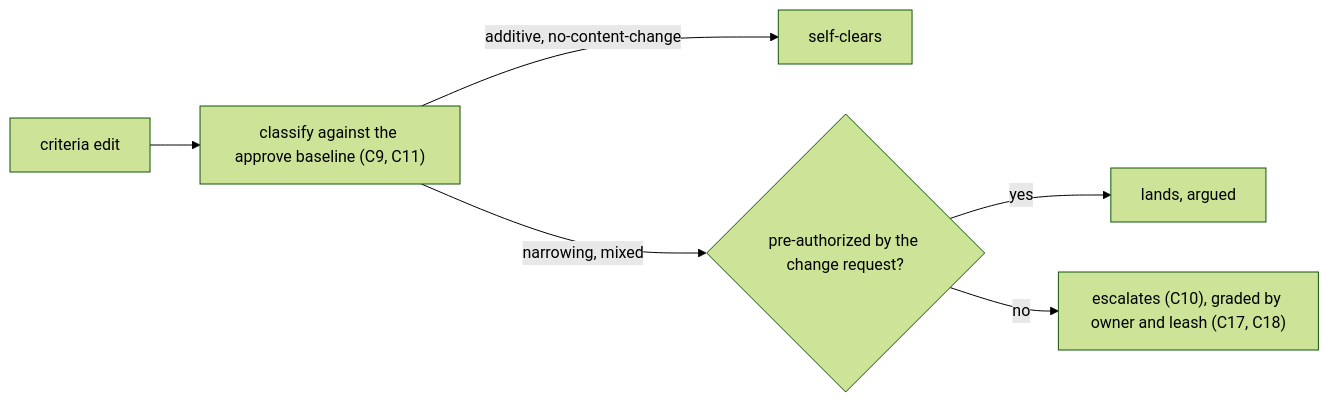
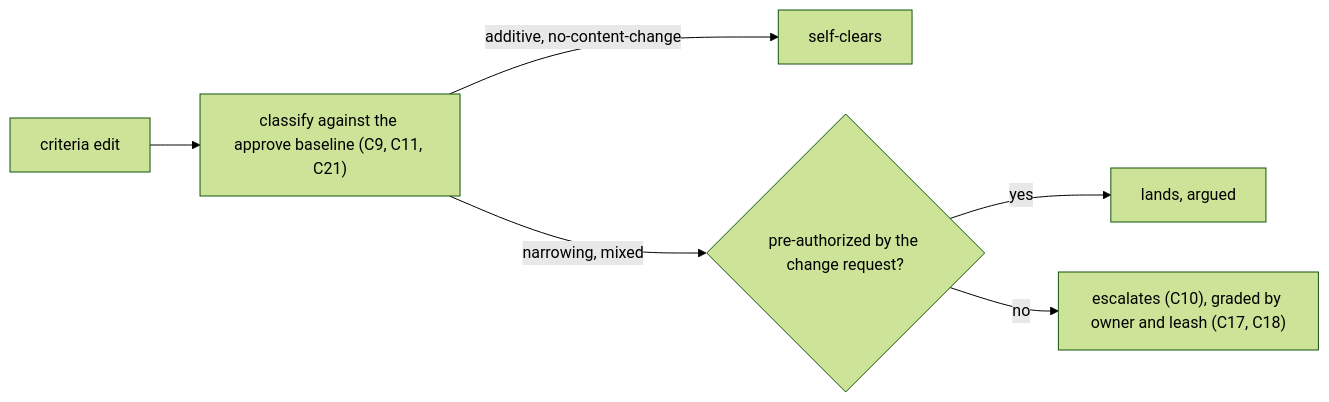
The ninth of 10 diagrams in packages/cyber-sdd/.agents/spec/governances/criteria-governance.md (cyberuni/cyber-sdd), drawn with Mermaid (forest theme) before and after one commit. The commit also changed other lines of this file, not shown here.

````diff
--- a/packages/cyber-sdd/.agents/spec/governances/criteria-governance.md
+++ b/packages/cyber-sdd/.agents/spec/governances/criteria-governance.md
@@ -484,8 +497,8 @@
 ```mermaid
 flowchart LR
-  ed["criteria edit"] --> cl["classify against the approve baseline (C9, C11)"]
+  ed["criteria edit"] --> cl["classify against the approve baseline (C9, C11, C21)"]
   cl -- "additive, no-content-change" --> sc["self-clears"]
   cl -- "narrowing, mixed" --> pa{"pre-authorized by the change request?"}
   pa -- yes --> la["lands, argued"]
   pa -- no --> es["escalates (C10), graded by owner and leash (C17, C18)"]
 ```
````
